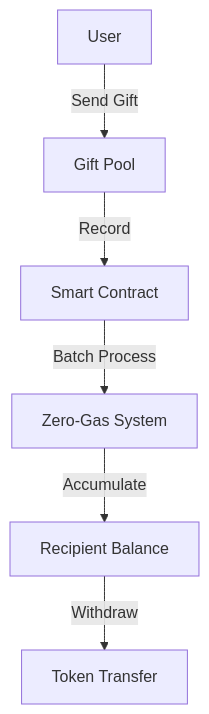
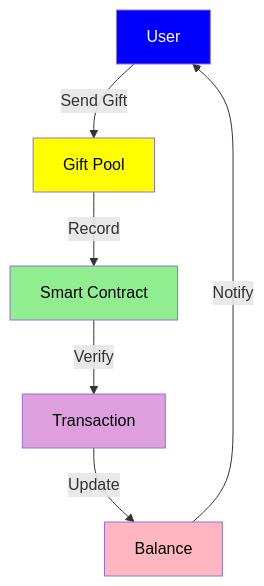
The second of 2 diagrams in docs/technical-implementation.md (MEMEFANS/memefans), drawn with Mermaid before and after one commit. The commit also changed other lines of this file and 15 other files, not shown here.

Commit message:
docs: update Mermaid diagram formats to use HTML div format for better rendering

````diff
--- a/docs/technical-implementation.md
+++ b/docs/technical-implementation.md
@@ -18,8 +25,14 @@
-   ```mermaid
+   <div class="mermaid">
    graph TD
      A[User] -->|Send Gift| B[Gift Pool]
      B -->|Record| C[Smart Contract]
-     C -->|Batch Process| D[Zero-Gas System]
-     D -->|Accumulate| E[Recipient Balance]
-     E -->|Withdraw| F[Token Transfer]
-   ```
+     C -->|Verify| D[Transaction]
+     D -->|Update| E[Balance]
+     E -->|Notify| A
+     
+     style A fill:#0000FF,color:#FFFFFF
+     style B fill:#FFFF00,color:#000000
+     style C fill:#90EE90,color:#000000
+     style D fill:#DDA0DD,color:#000000
+     style E fill:#FFB6C1,color:#000000
+   </div>
````
